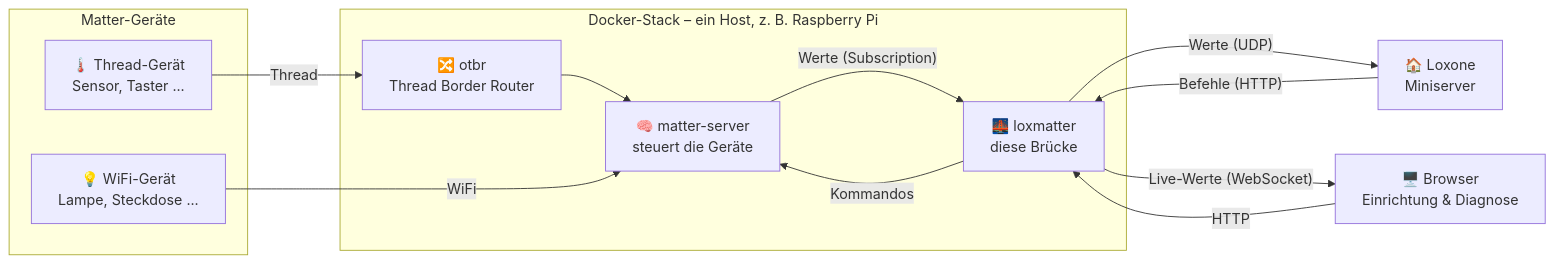
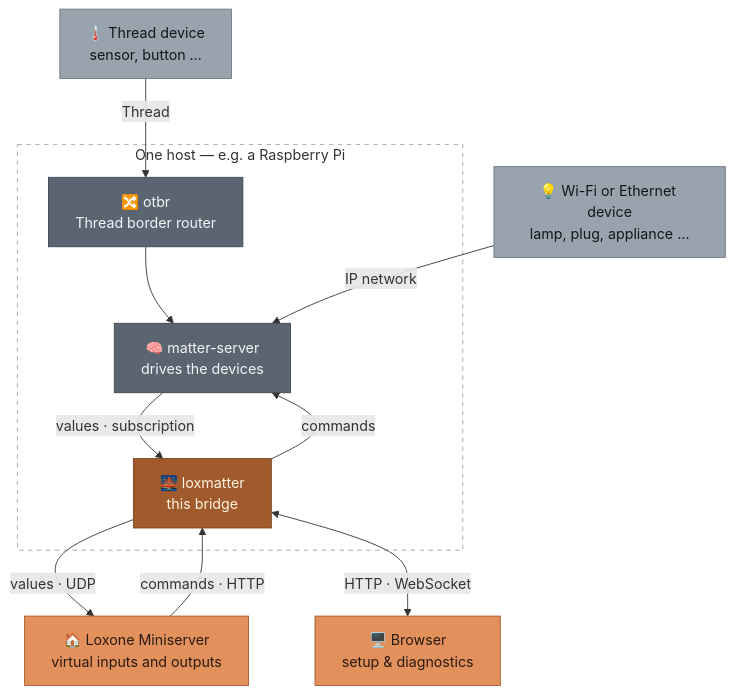
The diagram in README.md (lucienkerl/loxmatter), drawn with Mermaid before and after one commit. The commit also changed other lines of this file, not shown here.

````diff
--- a/README.md
+++ b/README.md
@@ -32,25 +142,35 @@
 ```mermaid
-flowchart LR
-    subgraph Geraete["Matter-Geräte"]
-        thread["🌡️ Thread-Gerät<br/>Sensor, Taster ..."]
-        wifi["💡 WiFi-Gerät<br/>Lampe, Steckdose ..."]
+flowchart TB
+    thread["🌡️ Thread device<br/>sensor, button …"]
+    ip["💡 Wi-Fi or Ethernet device<br/>lamp, plug, appliance …"]
+
+    subgraph Host["One host — e.g. a Raspberry Pi"]
+        otbr["🔀 otbr<br/>Thread border router"]
+        ms["🧠 matter-server<br/>drives the devices"]
+        lm["🌉 loxmatter<br/>this bridge"]
     end
 
-    subgraph Host["Docker-Stack – ein Host, z. B. Raspberry Pi"]
-        otbr["🔀 otbr<br/>Thread Border Router"]
-        ms["🧠 matter-server<br/>steuert die Geräte"]
-        lm["🌉 loxmatter<br/>diese Brücke"]
-    end
+    mini["🏠 Loxone Miniserver<br/>virtual inputs and outputs"]
+    browser["🖥️ Browser<br/>setup & diagnostics"]
 
-    mini["🏠 Loxone<br/>Miniserver"]
-    browser["🖥️ Browser<br/>Einrichtung & Diagnose"]
+    thread -- Thread --> otbr
+    otbr --> ms
+    ip -- "IP network" --> ms
+    ms -- "values · subscription" --> lm
+    lm -- commands --> ms
+    lm -- "values · UDP" --> mini
+    mini -- "commands · HTTP" --> lm
+    lm <-- "HTTP · WebSocket" --> browser
 
-    thread -- Thread --> otbr --> ms
-    wifi -- WiFi --> ms
-    ms -- "Werte (Subscription)" --> lm
-    lm -- Kommandos --> ms
-    lm -- "Werte (UDP)" --> mini
-    mini -- "Befehle (HTTP)" --> lm
-    browser -- HTTP --> lm
-    lm -- "Live-Werte (WebSocket)" --> browser
+    classDef device fill:#98a3ad,stroke:#6f7a85,color:#12161a
+    classDef svc fill:#5b6572,stroke:#3f4750,color:#f4f5f7
+    classDef bridge fill:#a15a2c,stroke:#7d4522,color:#fdf3e0
+    classDef endpoint fill:#e2915c,stroke:#a15a2c,color:#2a1a10
+
+    class thread,ip device
+    class otbr,ms svc
+    class lm bridge
+    class mini,browser endpoint
+
+    style Host fill:none,stroke:#98a3ad,stroke-dasharray:5 5
 ```
````
